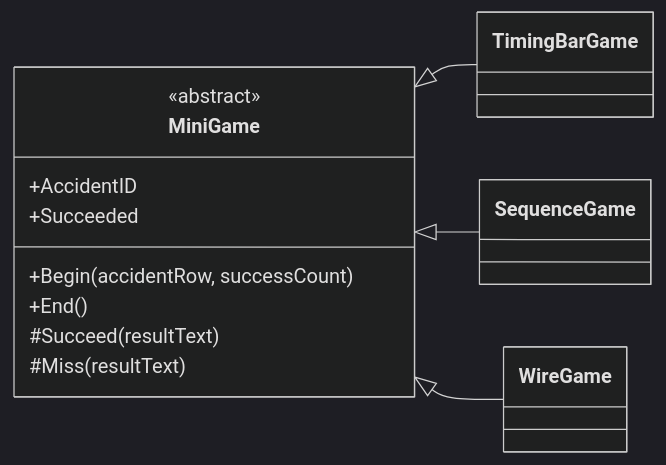
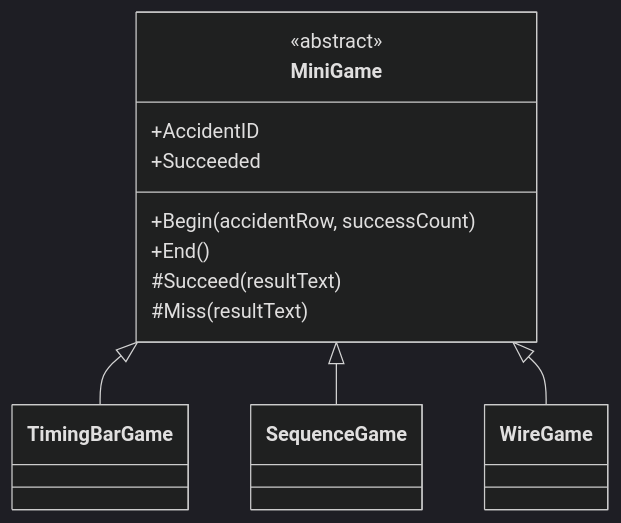
Before and after one commit to rlawlsdn77/portfolio: the sixth of 8 diagrams in src/OverFixed/OverFixed_기술문서.md, drawn with Mermaid (dark theme). The commit also changed other lines of this file and 2 other files, not shown here.

````diff
--- a/src/OverFixed/OverFixed_기술문서.md
+++ b/src/OverFixed/OverFixed_기술문서.md
@@ -377,16 +377,16 @@
 ```mermaid
 classDiagram
-    direction LR
+    direction TB
     class MiniGame {
         <<abstract>>
         +AccidentID
         +Succeeded
         +Begin(accidentRow, successCount)
         +End()
         #Succeed(resultText)
         #Miss(resultText)
     }
     MiniGame <|-- TimingBarGame
     MiniGame <|-- SequenceGame
     MiniGame <|-- WireGame
 ```
````
